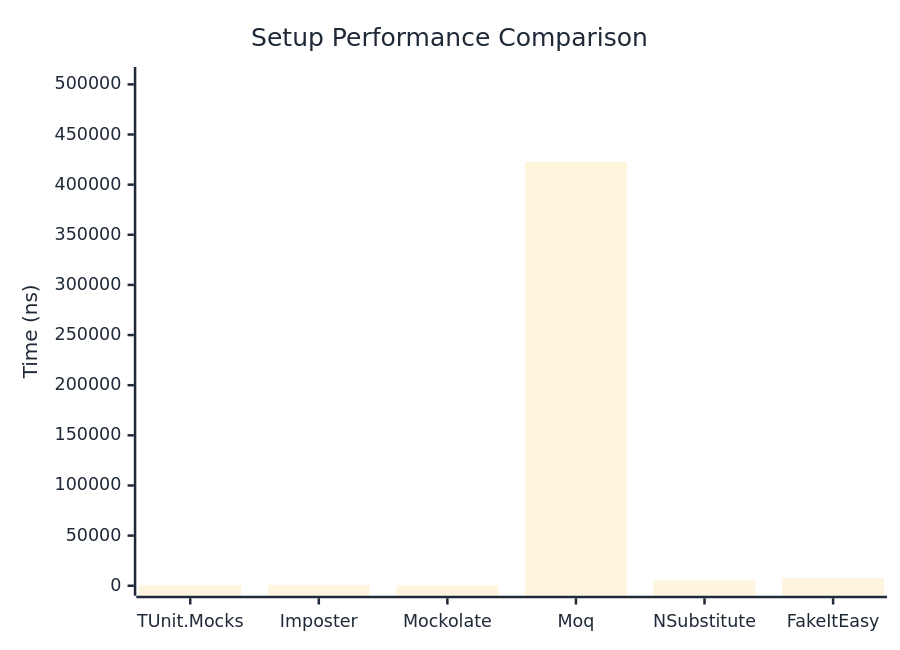
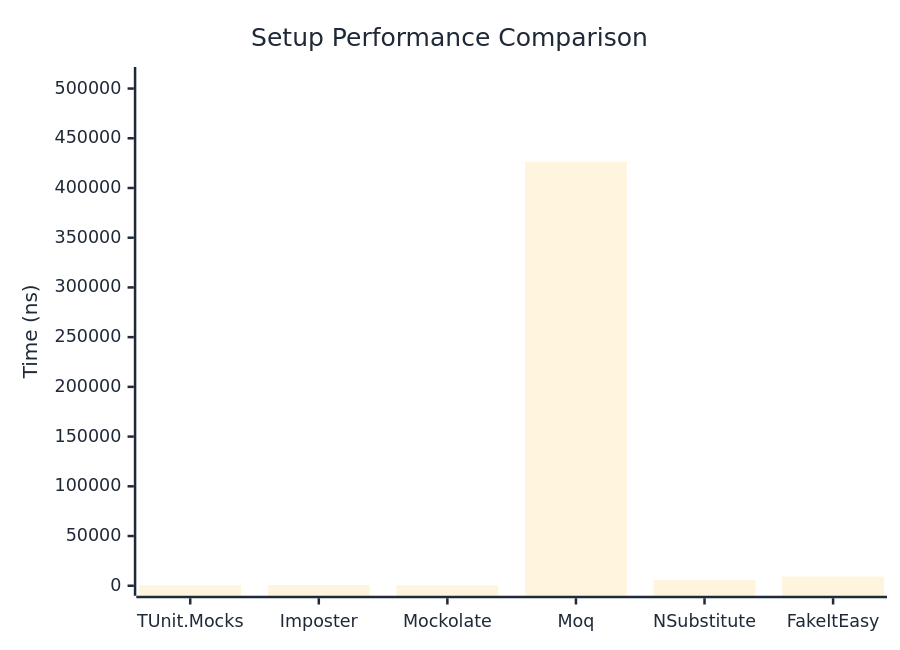
Before and after one commit to thomhurst/TUnit: the first of 2 diagrams in docs/docs/benchmarks/mocks/Setup.md, drawn with Mermaid. The commit also changed other lines of this file and 14 other files, not shown here.

````diff
--- a/docs/docs/benchmarks/mocks/Setup.md
+++ b/docs/docs/benchmarks/mocks/Setup.md
@@ -28,27 +28,27 @@
 ```mermaid
 %%{init: {
   'theme':'base',
   'themeVariables': {
     'primaryColor': '#2563eb',
     'primaryTextColor': '#1f2937',
     'primaryBorderColor': '#1e40af',
     'lineColor': '#6b7280',
     'secondaryColor': '#7c3aed',
     'tertiaryColor': '#dc2626',
     'background': '#ffffff',
     'pie1': '#2563eb',
     'pie2': '#7c3aed',
     'pie3': '#dc2626',
     'pie4': '#f59e0b',
     'pie5': '#10b981',
     'pie6': '#06b6d4',
     'pie7': '#ec4899',
     'pie8': '#6366f1'
   }
 }}%%
 xychart-beta
   title "Setup Performance Comparison"
   x-axis ["TUnit.Mocks", "Imposter", "Mockolate", "Moq", "NSubstitute", "FakeItEasy"]
-  y-axis "Time (ns)" 0 --> 507342
-  bar [499, 835.6, 325.1, 422785, 5450, 7651.3]
+  y-axis "Time (ns)" 0 --> 511613
+  bar [538.8, 822, 335, 426343.4, 5797.3, 9151.1]
 ```
````
